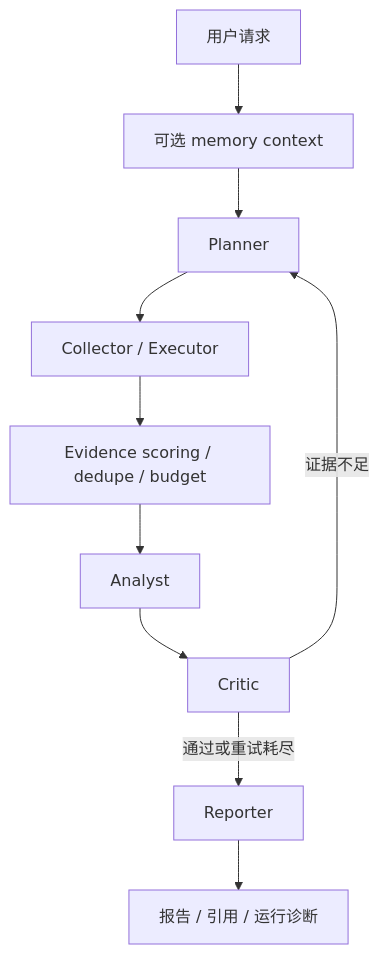
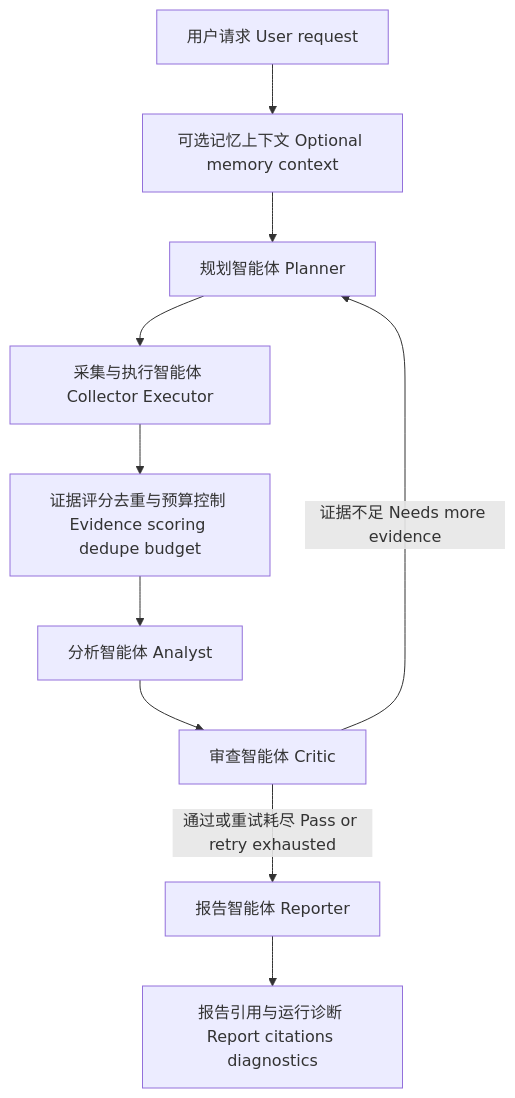
The first of 3 diagrams in README.md (Caser-86/InsightGraph), drawn with Mermaid before and after one commit. The commit also changed other lines of this file, not shown here.

Commit message:
docs: add bilingual README flowcharts

````diff
--- a/README.md
+++ b/README.md
@@ -75,12 +75,12 @@
 ```mermaid
 flowchart TB
-    A[用户请求] --> B[可选 memory context]
-    B --> C[Planner]
-    C --> D[Collector / Executor]
-    D --> E[Evidence scoring / dedupe / budget]
-    E --> F[Analyst]
-    F --> G[Critic]
-    G -->|证据不足| C
-    G -->|通过或重试耗尽| H[Reporter]
-    H --> I[报告 / 引用 / 运行诊断]
+    A["用户请求 User request"] --> B["可选记忆上下文 Optional memory context"]
+    B --> C["规划智能体 Planner"]
+    C --> D["采集与执行智能体 Collector Executor"]
+    D --> E["证据评分去重与预算控制 Evidence scoring dedupe budget"]
+    E --> F["分析智能体 Analyst"]
+    F --> G["审查智能体 Critic"]
+    G -->|"证据不足 Needs more evidence"| C
+    G -->|"通过或重试耗尽 Pass or retry exhausted"| H["报告智能体 Reporter"]
+    H --> I["报告引用与运行诊断 Report citations diagnostics"]
 ```
````
